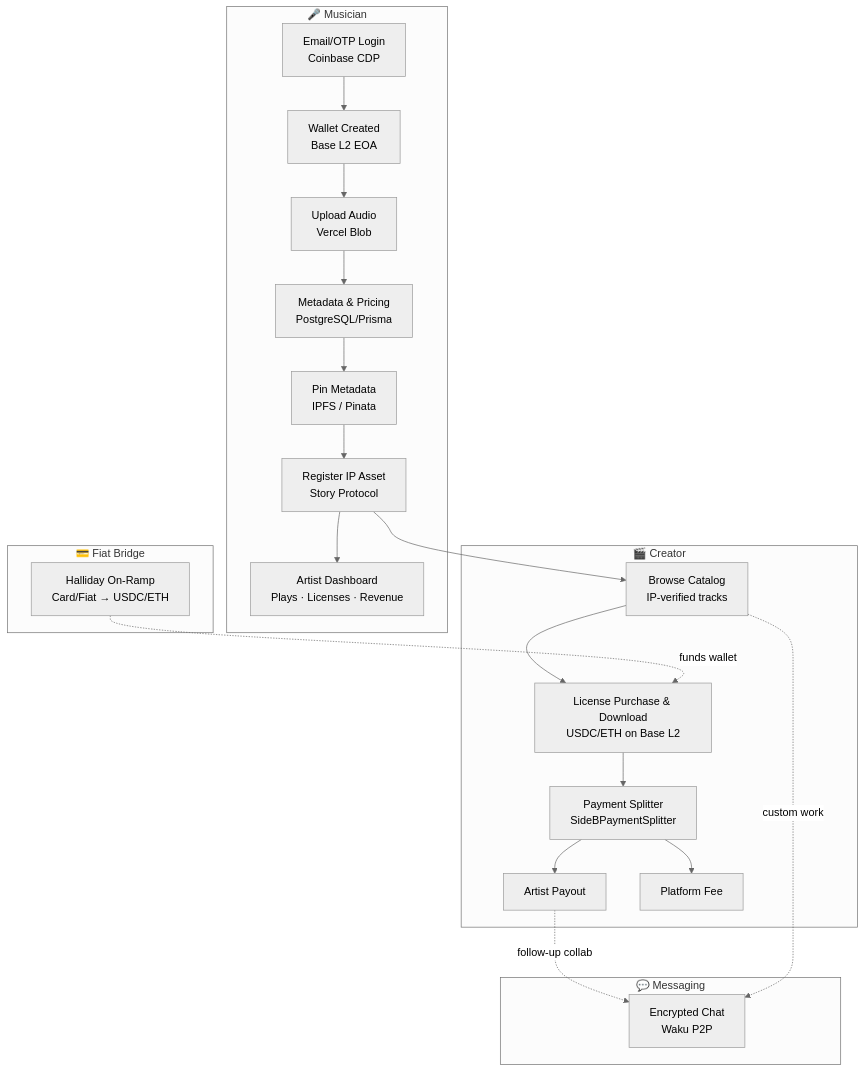
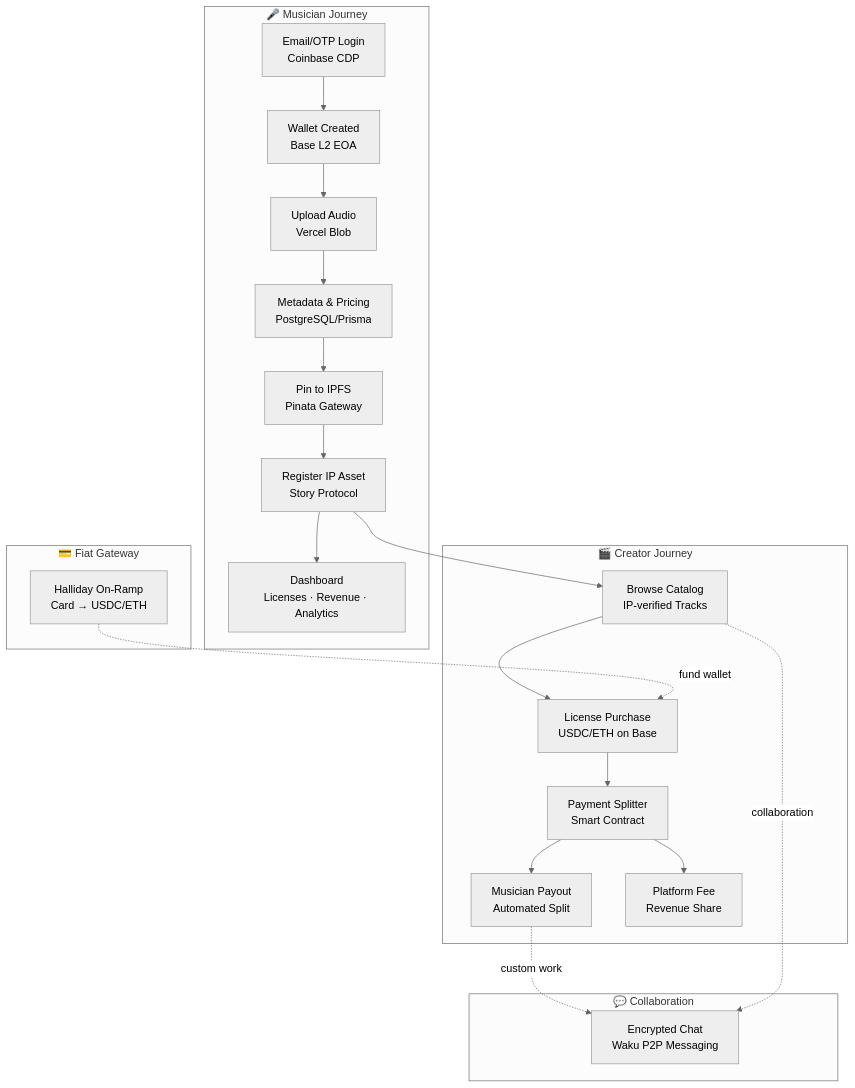
Before and after one commit to ValenteCreativo/Side-B: the diagram in README.md, drawn with Mermaid (neutral theme). The commit also changed other lines of this file, not shown here.

````diff
--- a/README.md
+++ b/README.md
@@ -72,46 +91,46 @@
 ```mermaid
 flowchart TB
-    %% --- MUSICIAN FLOW ---
-    subgraph MUSICIAN["🎤 Musician"]
+    %% Musician Flow
+    subgraph MUSICIAN["🎤 Musician Journey"]
         A[Email/OTP Login<br/>Coinbase CDP]
         B[Wallet Created<br/>Base L2 EOA]
         C[Upload Audio<br/>Vercel Blob]
         D[Metadata & Pricing<br/>PostgreSQL/Prisma]
-        E[Pin Metadata<br/>IPFS / Pinata]
+        E[Pin to IPFS<br/>Pinata Gateway]
         F[Register IP Asset<br/>Story Protocol]
-        G[Artist Dashboard<br/>Plays · Licenses · Revenue]
+        G[Dashboard<br/>Licenses · Revenue · Analytics]
     end
 
-    %% --- CREATOR FLOW ---
-    subgraph CREATOR["🎬 Creator"]
-        H[Browse Catalog<br/>IP-verified tracks]
-        I[License Purchase & Download<br/>USDC/ETH on Base L2]
-        J[Payment Splitter<br/>SideBPaymentSplitter]
-        K[Artist Payout]
-        L[Platform Fee]
+    %% Creator Flow
+    subgraph CREATOR["🎬 Creator Journey"]
+        H[Browse Catalog<br/>IP-verified Tracks]
+        I[License Purchase<br/>USDC/ETH on Base]
+        J[Payment Splitter<br/>Smart Contract]
+        K[Musician Payout<br/>Automated Split]
+        L[Platform Fee<br/>Revenue Share]
     end
 
-    %% --- MESSAGING ---
-    subgraph MESSAGING["💬 Messaging"]
-        M[Encrypted Chat<br/>Waku P2P]
+    %% Messaging
+    subgraph MESSAGING["💬 Collaboration"]
+        M[Encrypted Chat<br/>Waku P2P Messaging]
     end
 
-    %% --- FIAT BRIDGE (HALLIDAY) ---
-    subgraph FIAT["💳 Fiat Bridge"]
-        N[Halliday On-Ramp<br/>Card/Fiat → USDC/ETH]
+    %% Fiat Bridge
+    subgraph FIAT["💳 Fiat Gateway"]
+        N[Halliday On-Ramp<br/>Card → USDC/ETH]
     end
 
-    %% --- FLOWS ---
+    %% Connections
     A --> B --> C --> D --> E --> F --> G
     F --> H
     H --> I --> J
     J --> K
     J --> L
 
-    %% messaging connections
-    K -. "follow-up collab" .-> M
-    H -. "custom work" .-> M
+    %% Messaging flows
+    K -. "custom work" .-> M
+    H -. "collaboration" .-> M
 
-    %% halliday -> funding purchases
-    N -. "funds wallet" .-> I
+    %% Fiat funding
+    N -. "fund wallet" .-> I
 ```
````
